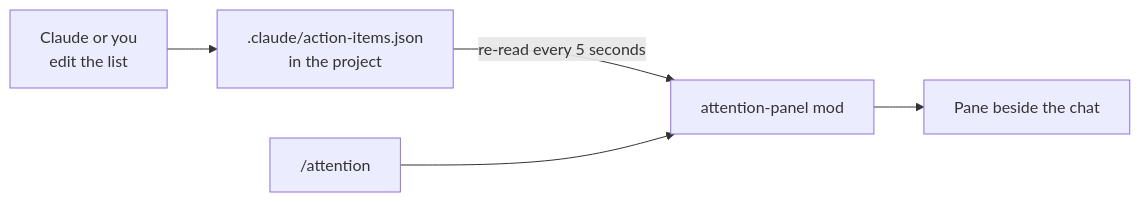
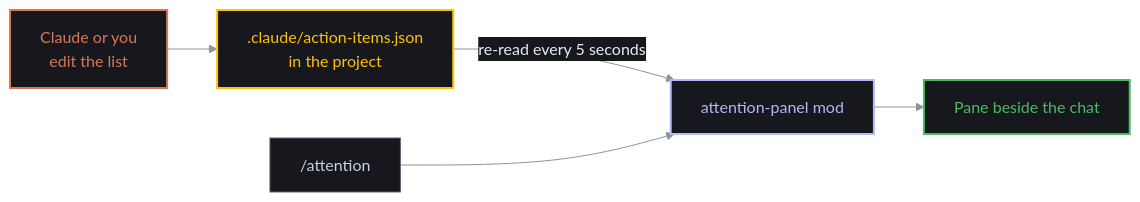
Before and after one commit to w22l/claude-code-attention-panel: the first of 2 diagrams in README.md, drawn with Mermaid. The commit also changed other lines of this file, not shown here.

Commit message:
docs: colour the How it works diagrams like the pane; drop the sequence diagrams

````diff
--- a/README.md
+++ b/README.md
@@ -25,7 +25,19 @@
 ```mermaid
+%%{init: {"theme": "base", "themeVariables": {"primaryColor": "#16181d", "primaryTextColor": "#e6edf3", "primaryBorderColor": "#5c6370", "lineColor": "#8b949e", "edgeLabelBackground": "#16181d", "fontFamily": "ui-monospace, SFMono-Regular, Menlo, Consolas, monospace"}}}%%
 flowchart LR
     A["Claude or you<br/>edit the list"] --> B[".claude/action-items.json<br/>in the project"]
     B -- "re-read every 5 seconds" --> C["attention-panel mod"]
     C --> D["Pane beside the chat"]
     E["/attention"] --> C
+    classDef claude fill:#16181d,stroke:#d97757,stroke-width:2px,color:#d97757
+    classDef file fill:#16181d,stroke:#ffc107,stroke-width:2px,color:#ffc107
+    classDef mod fill:#16181d,stroke:#b1b9f9,stroke-width:2px,color:#b1b9f9
+    classDef pane fill:#16181d,stroke:#4eba65,stroke-width:2px,color:#4eba65
+    classDef plain fill:#16181d,stroke:#5c6370,stroke-width:1px,color:#c9d1d9
+    class A claude
+    class B file
+    class C mod
+    class D pane
+    class E plain
+    linkStyle default stroke:#8b949e,color:#e6edf3
 ```
````
